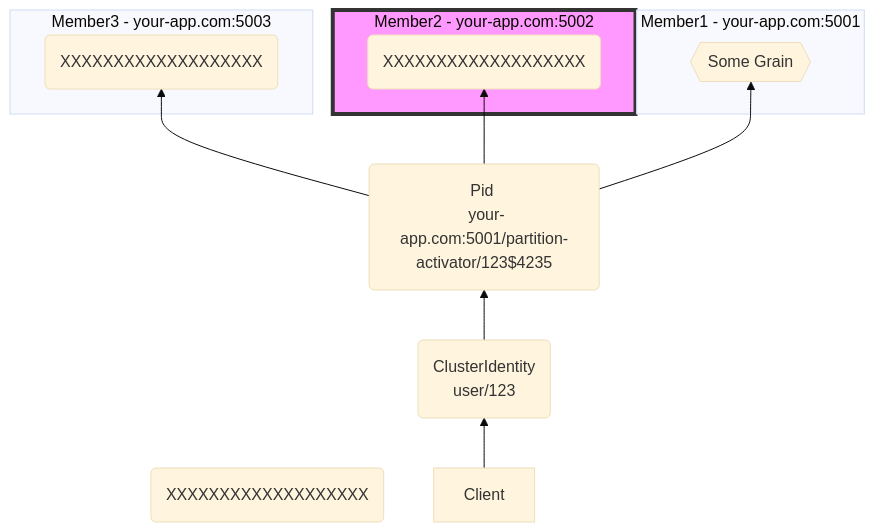
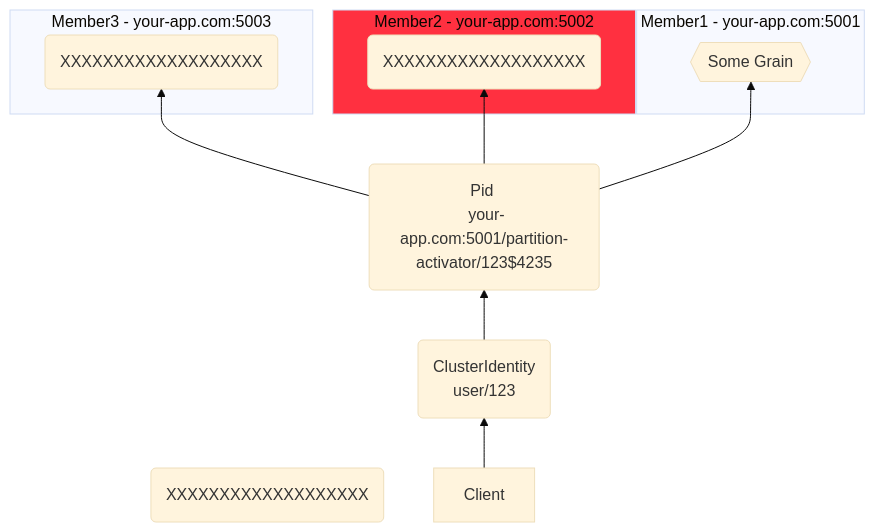
One commit to asynkron/protoactor-website changed the third of 3 diagrams in hugo/content/docs/cluster.md. Above: the diagram before and after it, drawn with Mermaid (base theme). The commit also changed other lines of this file and 2 other files, not shown here.

````diff
--- a/hugo/content/docs/cluster.md
+++ b/hugo/content/docs/cluster.md
@@ -125,31 +134,32 @@
 ```mermaid
 graph BT;
     empty1(XXXXXXXXXXXXXXXXXXX)
     empty2(XXXXXXXXXXXXXXXXXXX)
     empty3(XXXXXXXXXXXXXXXXXXX)
-
-
     ClusterIdentity(ClusterIdentity <br/> user/123)
     Pid(Pid <br/> your-app.com:5001/partition-activator/123$4235)
     Grain{{Some Grain}}
+    Client[Client]
+    class Pid green
+    class ClusterIdentity green
+    class Client yellow
+    class Grain blue
 
     subgraph Member1[Member1 - your-app.com:5001]
         Grain
     end
     subgraph Member2[Member2 - your-app.com:5002]
-        style Member2 fill:#f9f,stroke:#333,stroke-width:4px
-        classDef red fill:#FF0000;
-        class Member2 red
+        style Member2 fill:#ff3040
         empty2
     end
     subgraph Member3[Member3 - your-app.com:5003]
         empty3
     end
 
 Client --> ClusterIdentity
 ClusterIdentity --> Pid
 Pid --> Grain
 Pid --> empty2
 Pid --> empty3
 
 ```
````
